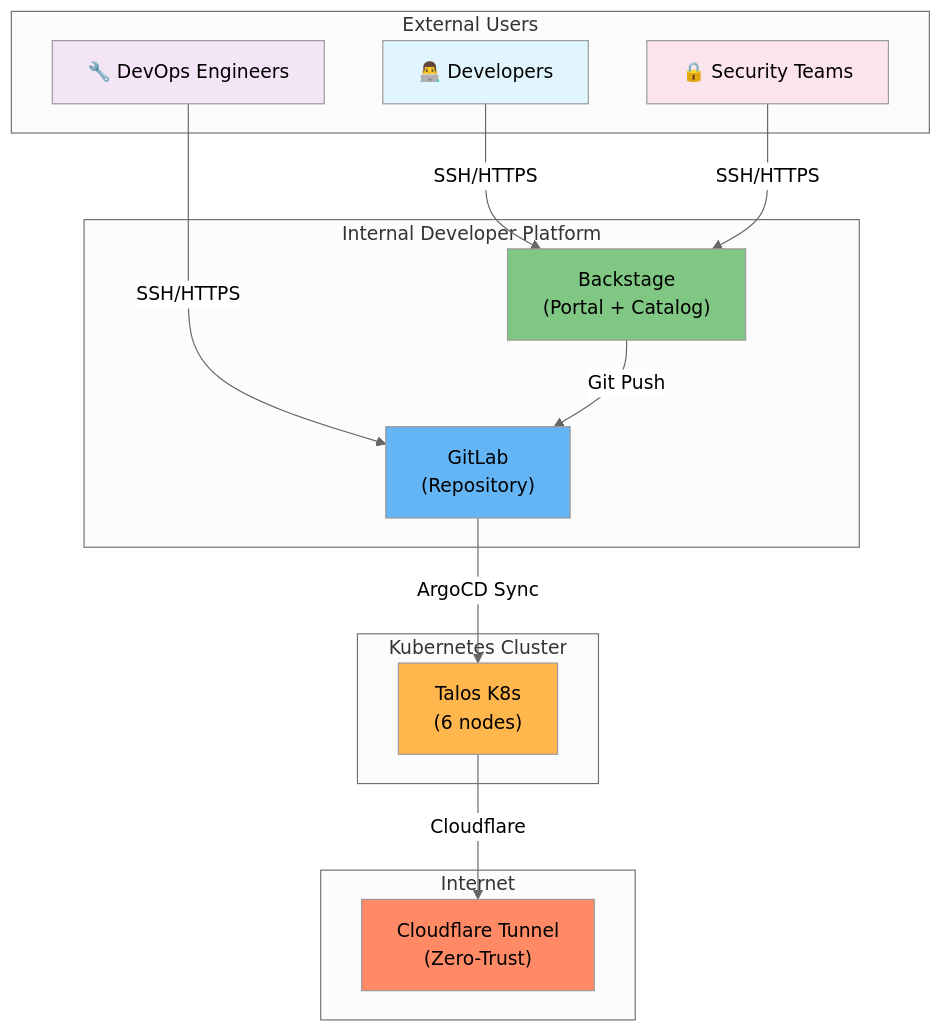
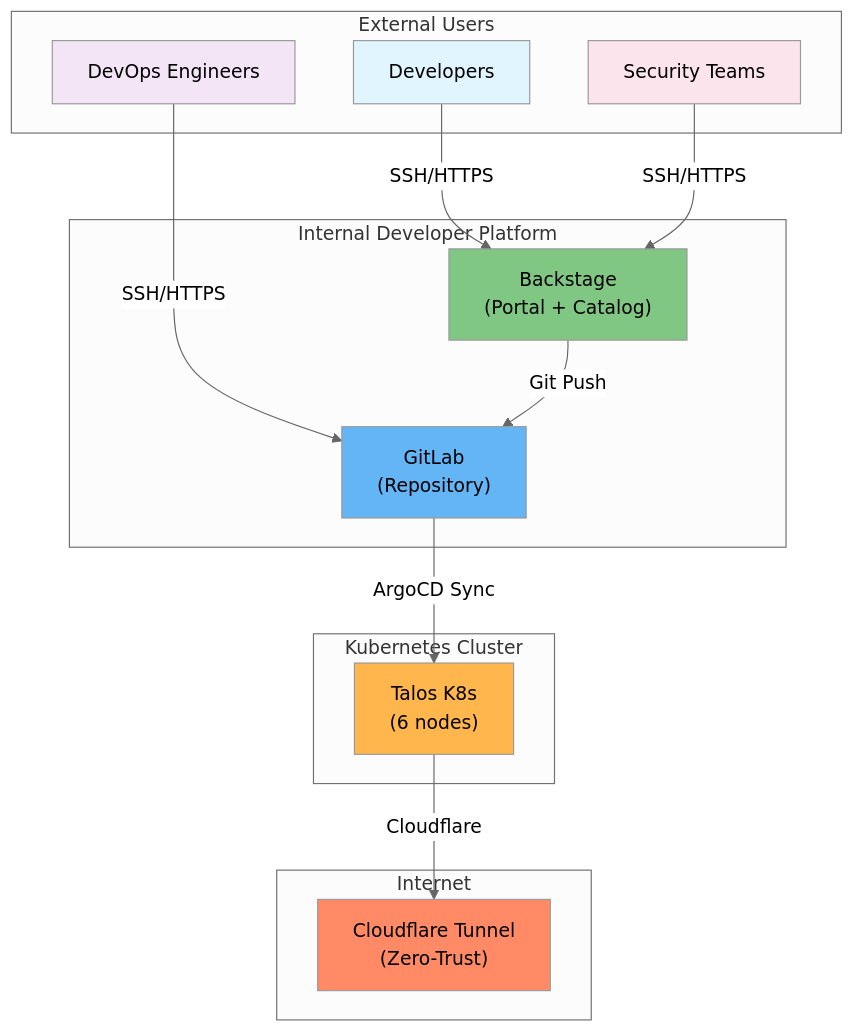
The first of 7 diagrams in docs/C4-ARCHITECTURE.md (GerardoLucero/homelab-idp), drawn with Mermaid (neutral theme) before and after one commit. The commit also changed other lines of this file, not shown here.

Commit message:
fix: Remove emojis from Mermaid diagrams for GitHub compatibility

````diff
--- a/docs/C4-ARCHITECTURE.md
+++ b/docs/C4-ARCHITECTURE.md
@@ -23,37 +23,37 @@
 ```mermaid
 graph TB
     subgraph External["External Users"]
-        DEV["👨‍💻 Developers"]
-        DEVOPS["🔧 DevOps Engineers"]
-        SEC["🔒 Security Teams"]
+        DEV["Developers"]
+        DEVOPS["DevOps Engineers"]
+        SEC["Security Teams"]
     end
     
     subgraph IDP["Internal Developer Platform"]
         BACKSTAGE["Backstage<br/>(Portal + Catalog)"]
         GITLAB["GitLab<br/>(Repository)"]
     end
     
     subgraph CLUSTER["Kubernetes Cluster"]
         K8S["Talos K8s<br/>(6 nodes)"]
     end
     
     subgraph INTERNET["Internet"]
         CF["Cloudflare Tunnel<br/>(Zero-Trust)"]
     end
     
     DEV -->|SSH/HTTPS| BACKSTAGE
     DEVOPS -->|SSH/HTTPS| GITLAB
     SEC -->|SSH/HTTPS| BACKSTAGE
     
     BACKSTAGE -->|Git Push| GITLAB
     GITLAB -->|ArgoCD Sync| K8S
     K8S -->|Cloudflare| CF
     
     style DEV fill:#e1f5ff
     style DEVOPS fill:#f3e5f5
     style SEC fill:#fce4ec
     style BACKSTAGE fill:#81c784
     style GITLAB fill:#64b5f6
     style K8S fill:#ffb74d
     style CF fill:#ff8a65
 ```
````
